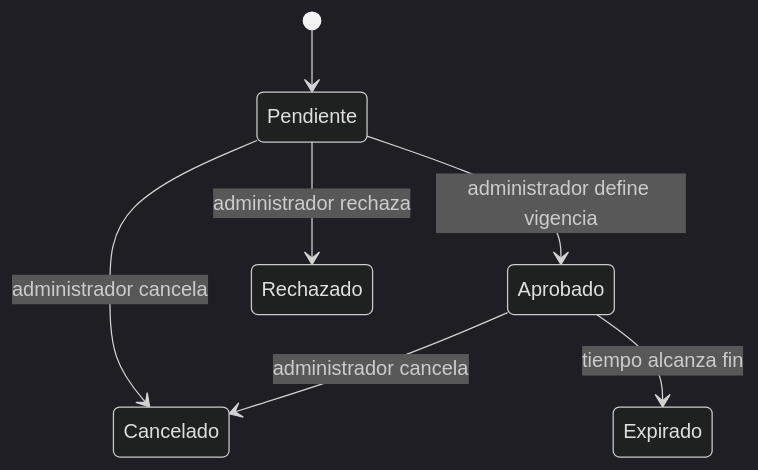
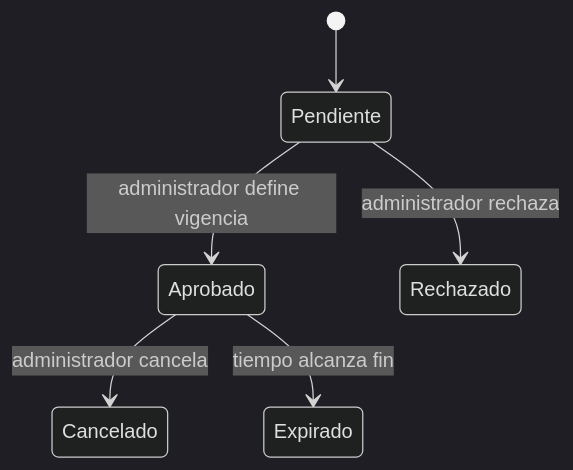
One commit to Pandoraboy/Tesis changed the diagram in docs/modelado/01-procesos.md. Above: the diagram before and after it, drawn with Mermaid (dark theme). The commit also changed other lines of this file and 16 other files, not shown here.

````diff
--- a/docs/modelado/01-procesos.md
+++ b/docs/modelado/01-procesos.md
@@ -19,9 +19,8 @@
 ```mermaid
 stateDiagram-v2
     [*] --> Pendiente
     Pendiente --> Aprobado: administrador define vigencia
     Pendiente --> Rechazado: administrador rechaza
-    Pendiente --> Cancelado: administrador cancela
     Aprobado --> Cancelado: administrador cancela
     Aprobado --> Expirado: tiempo alcanza fin
 ```
````
